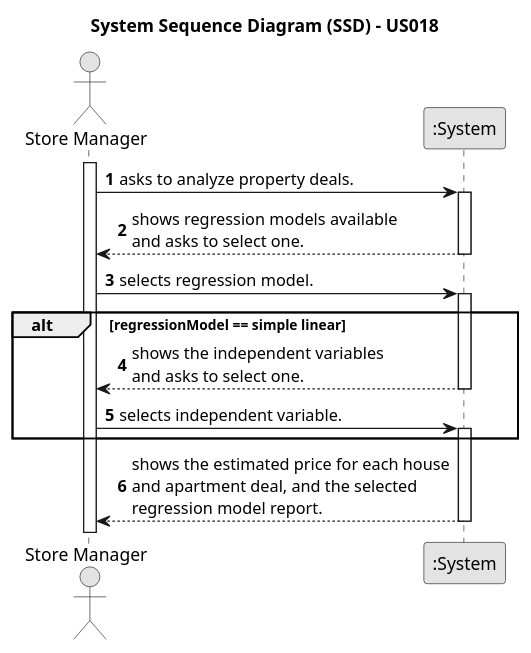
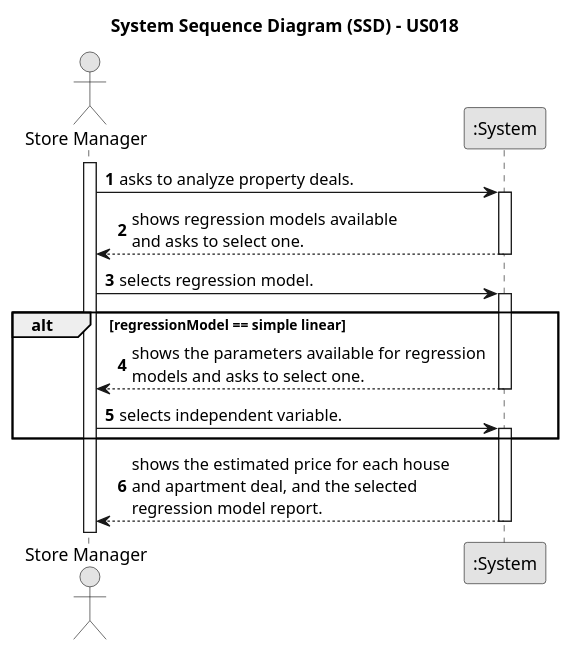
Before and after one commit to rita-barbosa/LAPR2-2223: the diagram in docs/sprintD/us018/01.requirements-engineering/puml/us018-system-sequence-diagram-version-two.puml, drawn with PlantUML. The commit also changed 1 other file, not shown here.

Commit message:
Update client clarification & system sequence diagram (v2) [US018][Requirements Engineering]

```diff
--- a/docs/sprintD/us018/01.requirements-engineering/puml/us018-system-sequence-diagram-version-two.puml
+++ b/docs/sprintD/us018/01.requirements-engineering/puml/us018-system-sequence-diagram-version-two.puml
@@ -1,35 +1,35 @@
 @startuml
 skinparam monochrome true
 skinparam packageStyle rectangle
 skinparam shadowing false
 
 title System Sequence Diagram (SSD) - US018
 
 autonumber
 
 actor "Store Manager" as Employee
 participant ":System" as System
 
 activate Employee
 
     Employee -> System : asks to analyze property deals.
     activate System
 
     System --> Employee : shows regression models available \nand asks to select one.
     deactivate System
 
     Employee -> System : selects regression model.
     activate System
 
     alt regressionModel == simple linear
-        System --> Employee: shows the independent variables\nand asks to select one.
+        System --> Employee:  shows the parameters available for regression \nmodels and asks to select one.
          deactivate System
         Employee -> System: selects independent variable.
         activate System
     end alt
 
     System --> Employee : shows the estimated price for each house\nand apartment deal, and the selected \nregression model report.
     deactivate System
 
 
 @enduml
```
